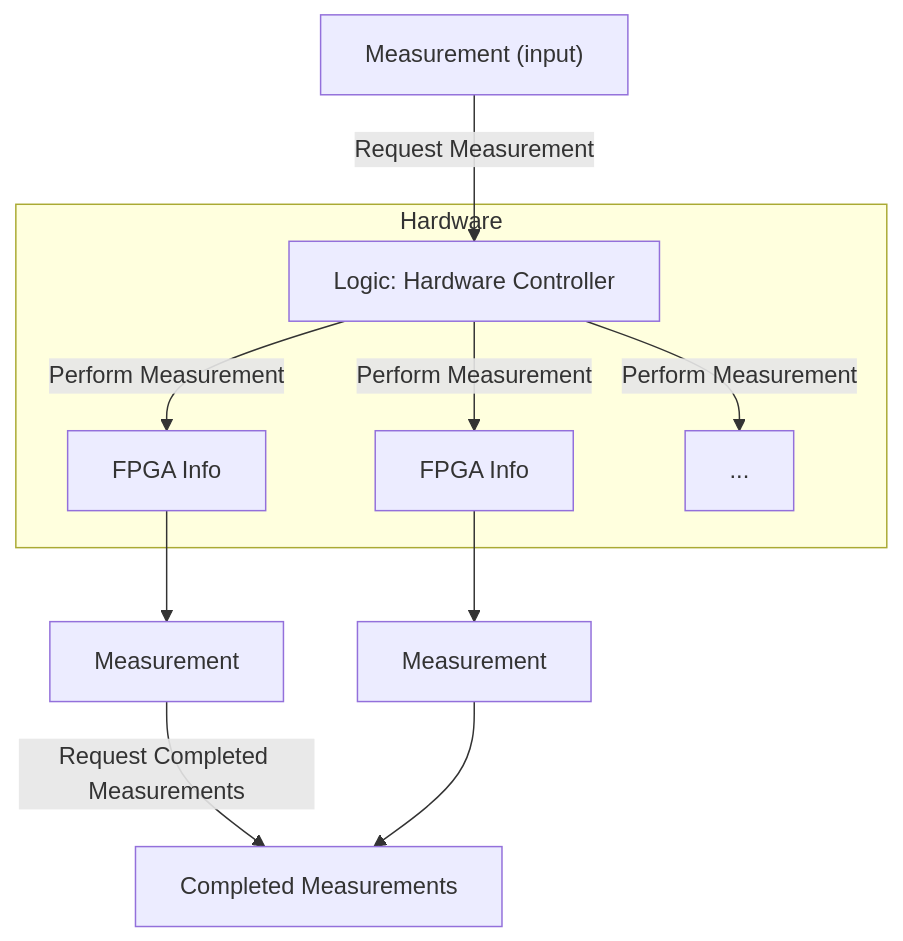
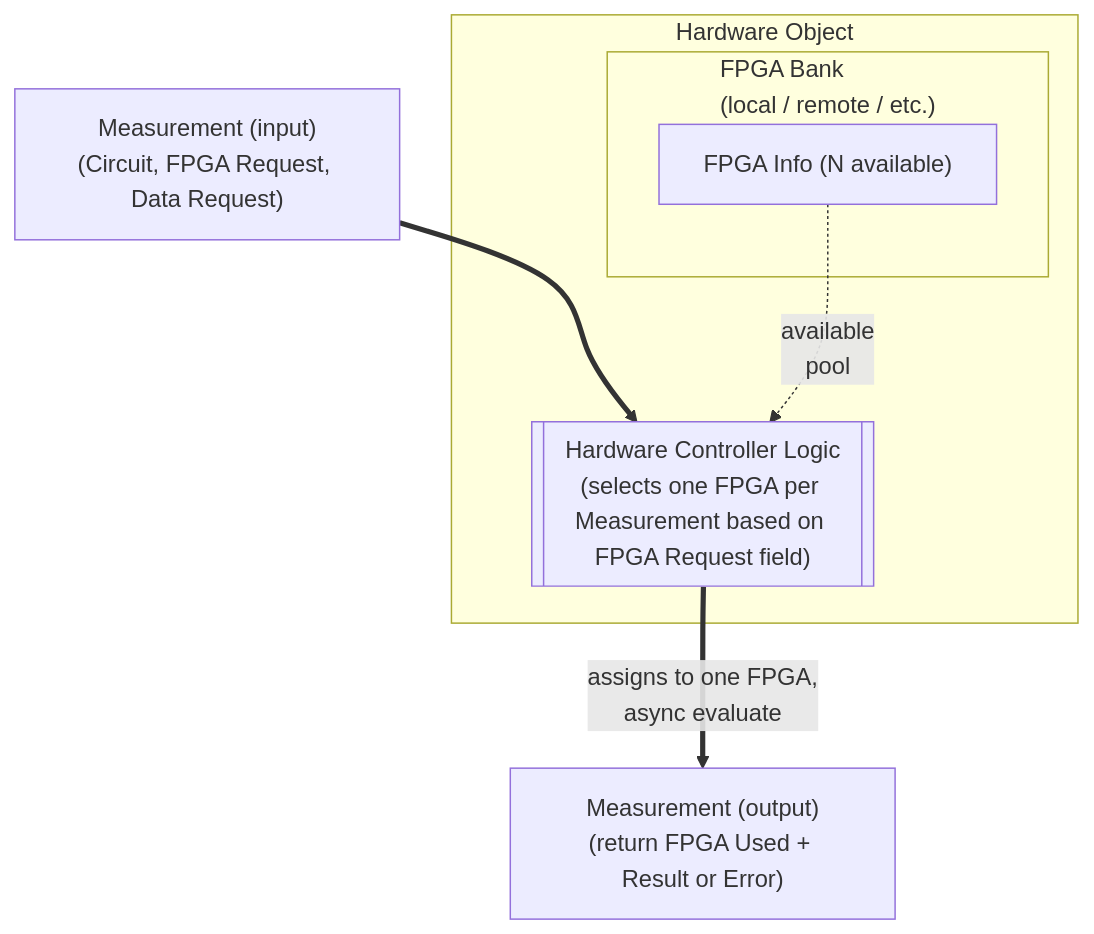
The third of 22 diagrams in docs/sphinx/source/architecture/index.rst (evolvablehardware/BitstreamEvolution), drawn with Mermaid before and after one commit. The commit also changed other lines of this file and 5 other files, not shown here.

Commit message:
updated the Architectural description to finally translate it off of the images of slides.

```diff
--- a/docs/sphinx/source/architecture/index.rst
+++ b/docs/sphinx/source/architecture/index.rst
@@ -82,22 +107,21 @@
 .. mermaid::
 
-   flowchart TD
-       input["Measurement (input)"]
-       subgraph Hardware
-           ctrl["Logic: Hardware Controller"]
-           fpga1["FPGA Info"]
-           fpga2["FPGA Info"]
-           fpgan["..."]
-       end
-       out1["Measurement"]
-       out2["Measurement"]
-       completed["Completed Measurements"]
+    flowchart TD
+        m_in["Measurement (input)
+    (Circuit, FPGA Request, Data Request)"]
+        m_out["Measurement (output)
+    (return FPGA Used + Result or Error)"]
+        subgraph hw_obj["Hardware Object"]
+            ctrl[["Hardware Controller Logic
+    (selects one FPGA per Measurement based on FPGA Request field)"]]
+            subgraph bank["FPGA Bank
+    (local / remote / etc.)"]
+                f_pool["FPGA Info (N available)"]
+            end
+        end
 
-       input -->|"Request Measurement"| ctrl
-       ctrl -->|"Perform Measurement"| fpga1
-       ctrl -->|"Perform Measurement"| fpga2
-       ctrl -->|"Perform Measurement"| fpgan
-       fpga1 --> out1
-       fpga2 --> out2
-       out1 -->|"Request Completed Measurements"| completed
-       out2 --> completed
+        m_in ==> ctrl
+        f_pool -.->|"available
+    pool"| ctrl
+        ctrl ==>|"assigns to one FPGA,
+    async evaluate"| m_out
```
